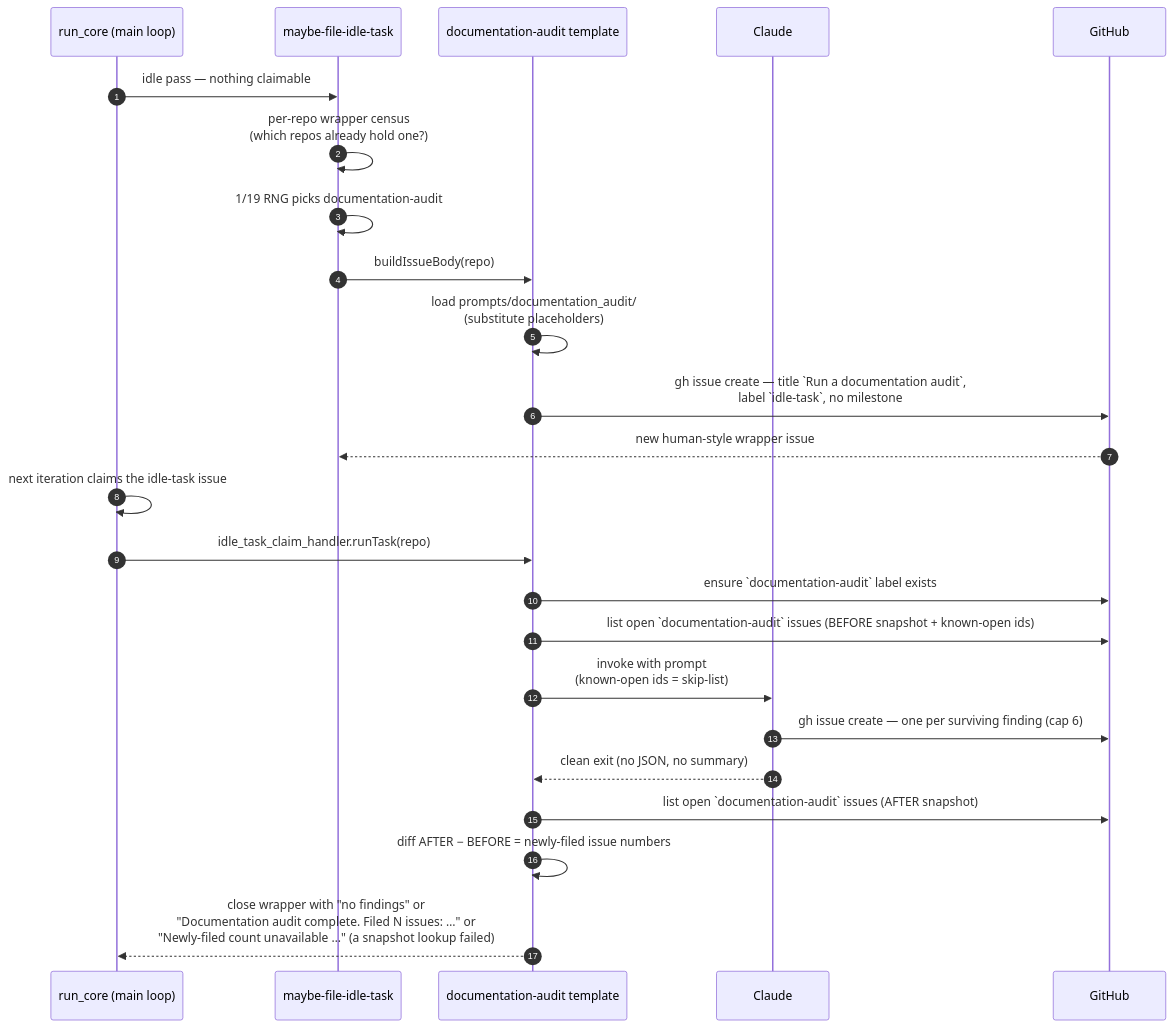
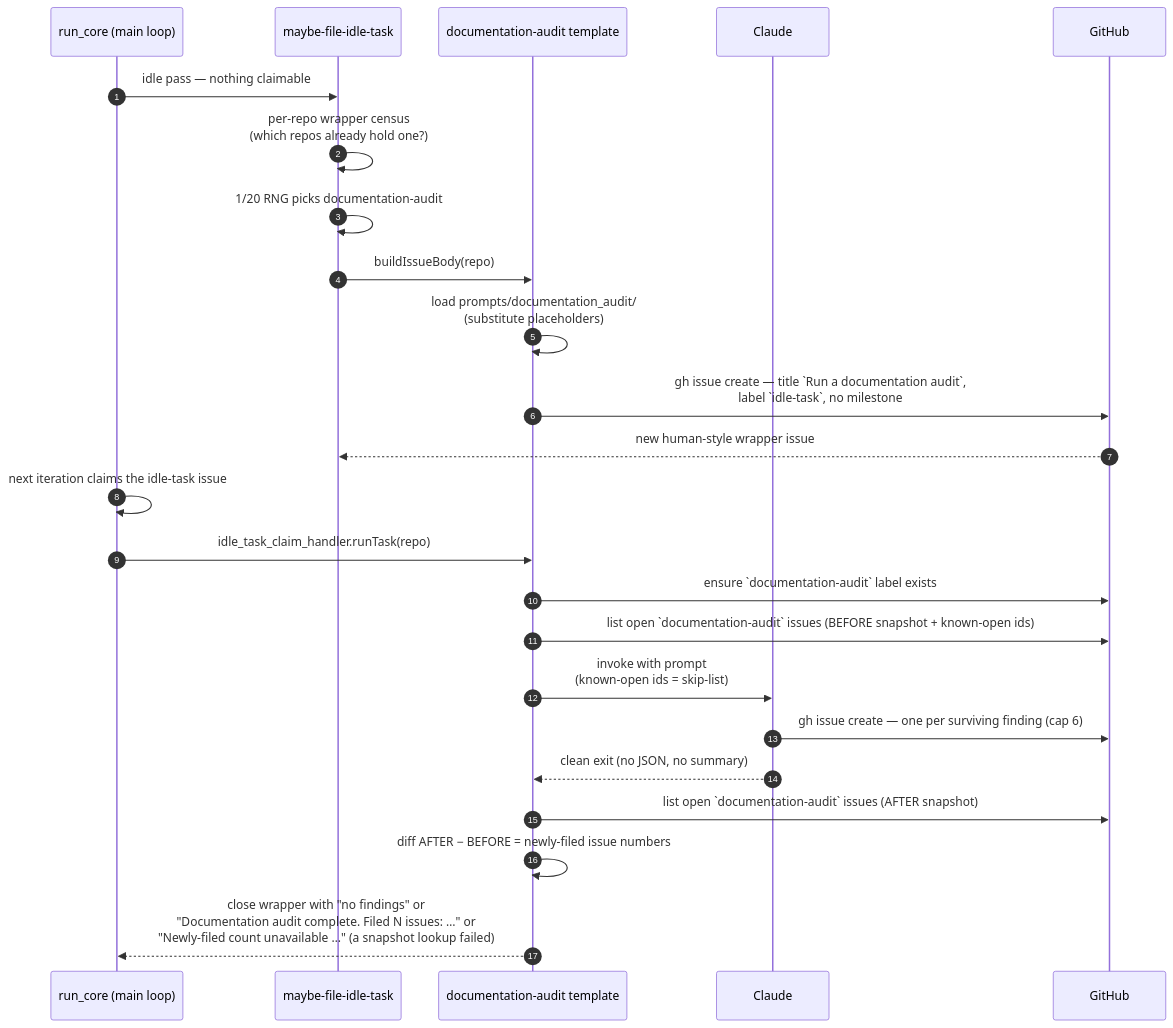
Before and after one commit to stSoftwareAU/VibeCoder: the diagram in docs/DOCUMENTATION-AUDIT-SCAN.md, drawn with Mermaid. The commit also changed 30 other files, not shown here.

````diff
--- a/docs/DOCUMENTATION-AUDIT-SCAN.md
+++ b/docs/DOCUMENTATION-AUDIT-SCAN.md
@@ -204,27 +204,27 @@
 ```mermaid
 sequenceDiagram
     autonumber
     participant Main as run_core (main loop)
     participant Filer as maybe-file-idle-task
     participant Template as documentation-audit template
     participant Claude
     participant GH as GitHub
 
     Main->>Filer: idle pass — nothing claimable
     Filer->>Filer: per-repo wrapper census<br/>(which repos already hold one?)
-    Filer->>Filer: 1/19 RNG picks documentation-audit
+    Filer->>Filer: 1/20 RNG picks documentation-audit
     Filer->>Template: buildIssueBody(repo)
     Template->>Template: load prompts/documentation_audit/<br/>(substitute placeholders)
     Template->>GH: gh issue create — title `Run a documentation audit`,<br/>label `idle-task`, no milestone
     GH-->>Filer: new human-style wrapper issue
     Main->>Main: next iteration claims the idle-task issue
     Main->>Template: idle_task_claim_handler.runTask(repo)
     Template->>GH: ensure `documentation-audit` label exists
     Template->>GH: list open `documentation-audit` issues (BEFORE snapshot + known-open ids)
     Template->>Claude: invoke with prompt<br/>(known-open ids = skip-list)
     Claude->>GH: gh issue create — one per surviving finding (cap 6)
     Claude-->>Template: clean exit (no JSON, no summary)
     Template->>GH: list open `documentation-audit` issues (AFTER snapshot)
     Template->>Template: diff AFTER − BEFORE = newly-filed issue numbers
     Template-->>Main: close wrapper with "no findings" or<br/>"Documentation audit complete. Filed N issues: …" or<br/>"Newly-filed count unavailable …" (a snapshot lookup failed)
 ```
````
